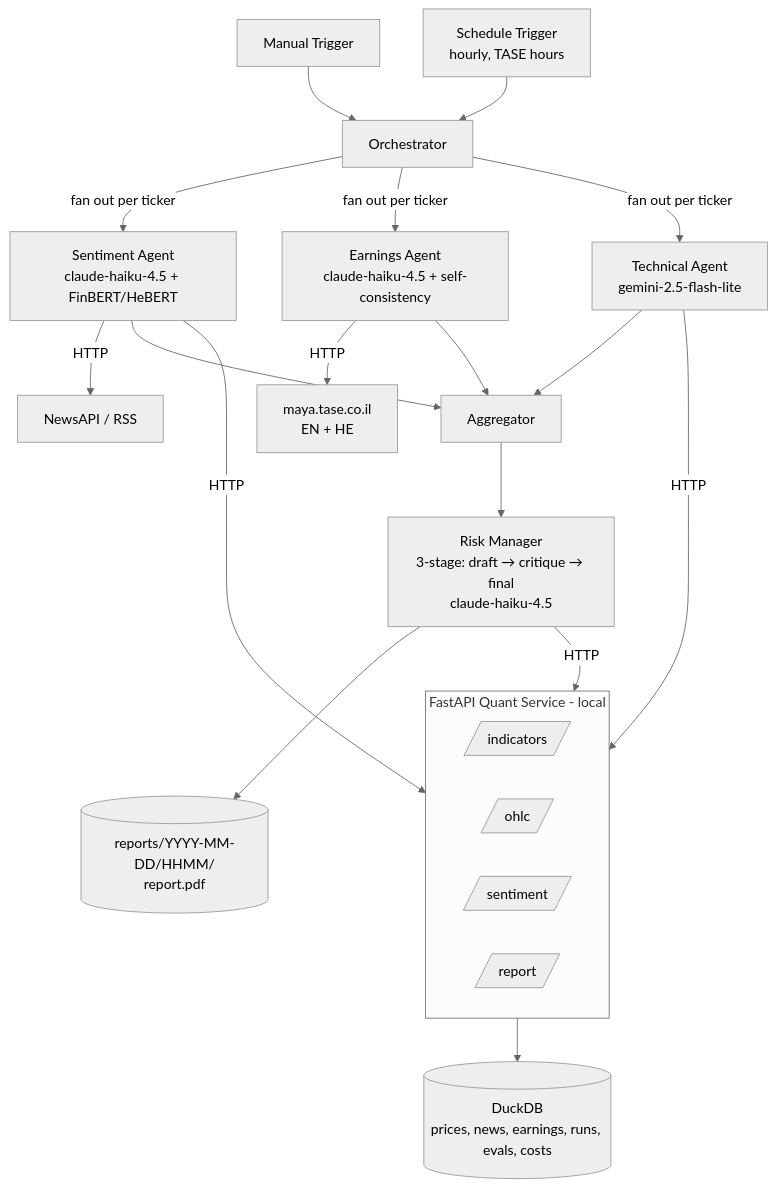
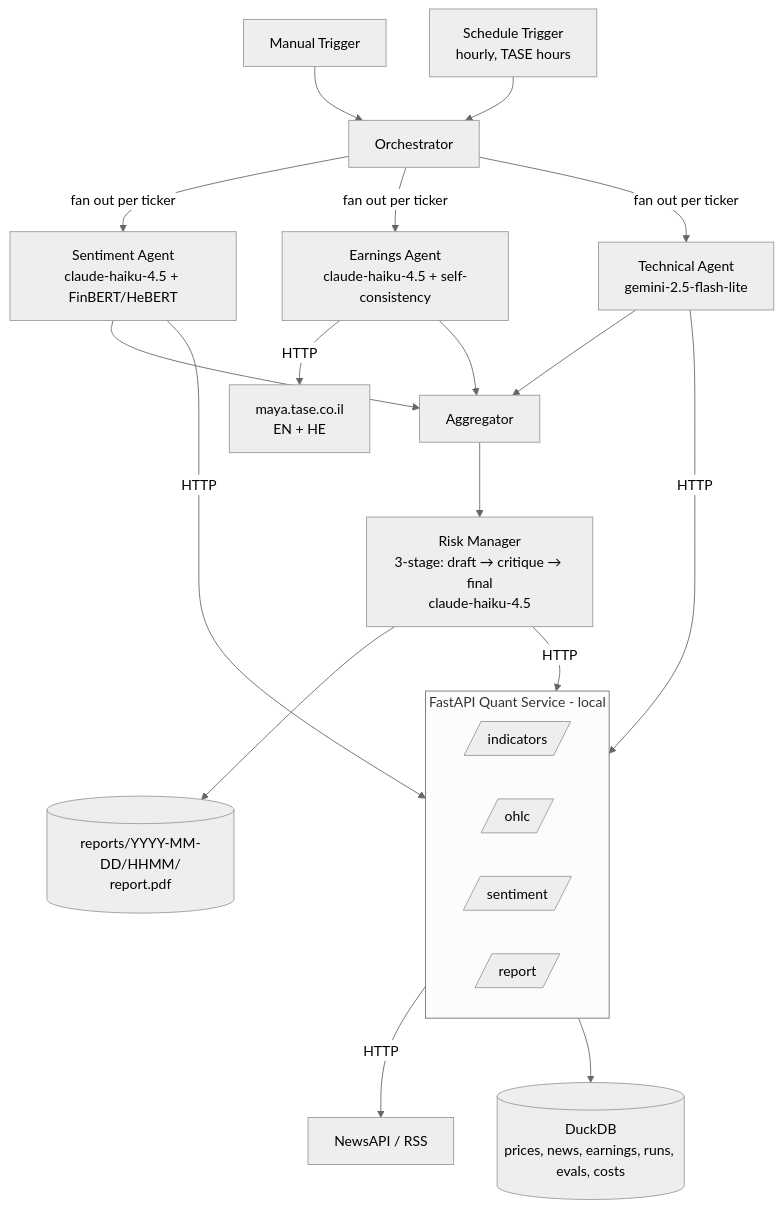
One commit to gilbarel1/algotrade-project changed the diagram in docs/design.md. Above: the diagram before and after it, drawn with Mermaid (neutral theme). The commit also changed other lines of this file and 14 other files, not shown here.

````diff
--- a/docs/design.md
+++ b/docs/design.md
@@ -33,31 +33,31 @@
 ```mermaid
 flowchart TD
     T1[Manual Trigger] --> ORC[Orchestrator]
     T2[Schedule Trigger<br/>hourly, TASE hours] --> ORC
 
     ORC -->|fan out per ticker| SA[Sentiment Agent<br/>claude-haiku-4.5 + FinBERT/HeBERT]
     ORC -->|fan out per ticker| EA[Earnings Agent<br/>claude-haiku-4.5 + self-consistency]
     ORC -->|fan out per ticker| TA[Technical Agent<br/>gemini-2.5-flash-lite]
 
-    SA -->|HTTP| NEWS[NewsAPI / RSS]
     SA -->|HTTP| QS
+    QS -->|HTTP| NEWS[NewsAPI / RSS]
     EA -->|HTTP| MAYA[maya.tase.co.il<br/>EN + HE]
     TA -->|HTTP| QS
 
     SA --> AGG[Aggregator]
     EA --> AGG
     TA --> AGG
 
     AGG --> RM[Risk Manager<br/>3-stage: draft → critique → final<br/>claude-haiku-4.5]
     RM -->|HTTP| QS
 
     subgraph QS[FastAPI Quant Service - local]
         F1[/indicators/]
         F2[/ohlc/]
         F3[/sentiment/]
         F4[/report/]
     end
 
     QS --> CACHE[(DuckDB<br/>prices, news, earnings, runs, evals, costs)]
     RM --> PDF[(reports/YYYY-MM-DD/HHMM/<br/>report.pdf)]
 ```
````
